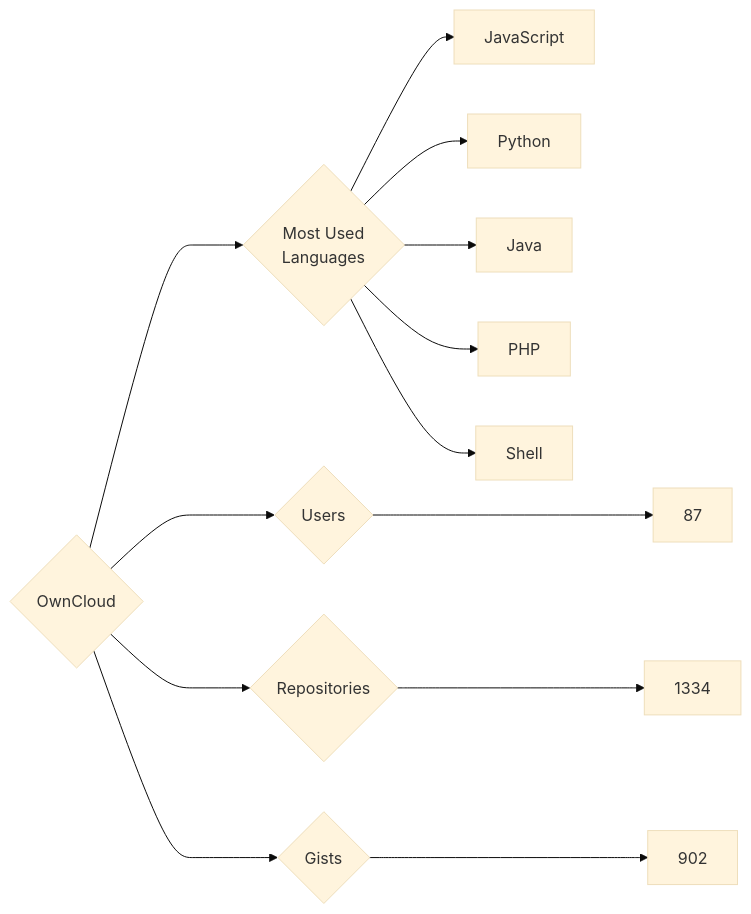
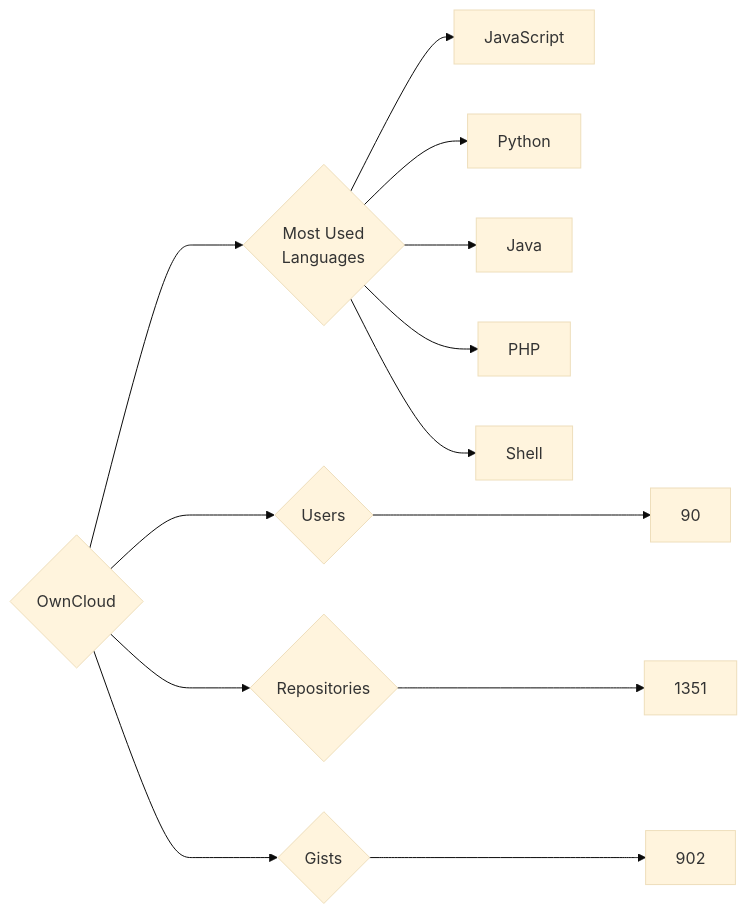
One commit to trickest/insiders changed the diagram in targets/OwnCloud/README.md. Above: the diagram before and after it, drawn with Mermaid (base theme). The commit also changed 972 other files, not shown here.

````diff
--- a/targets/OwnCloud/README.md
+++ b/targets/OwnCloud/README.md
@@ -3,13 +3,13 @@
 ```mermaid
 graph LR
 COMPANY_NAME{OwnCloud}
-COMPANY_NAME ---> U{Users} ---> UN[87]
-COMPANY_NAME ---> R{Repositories} ---> RN[1334]
+COMPANY_NAME ---> U{Users} ---> UN[90]
+COMPANY_NAME ---> R{Repositories} ---> RN[1351]
 COMPANY_NAME ---> G{Gists} ---> GN[902]
 COMPANY_NAME ---> ML{Most Used<br>Languages}
 ML --> JavaScript[JavaScript]
 ML --> Python[Python]
 ML --> Java[Java]
 ML --> PHP[PHP]
 ML --> Shell[Shell]
 ```
````
